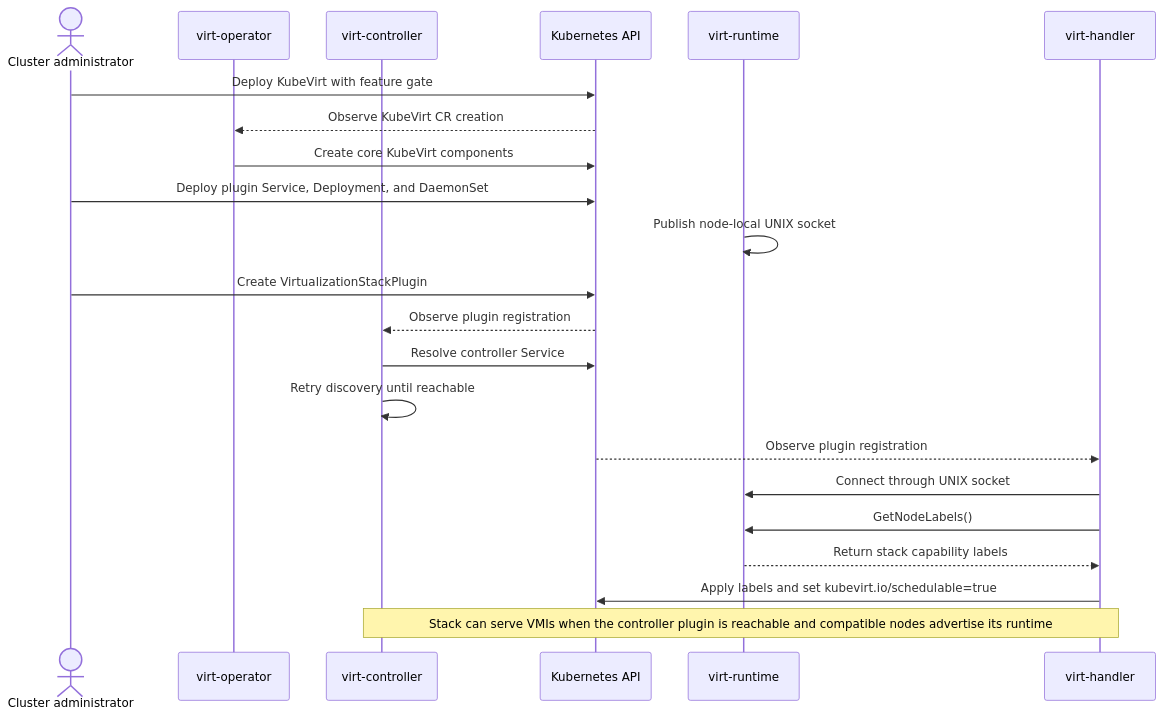
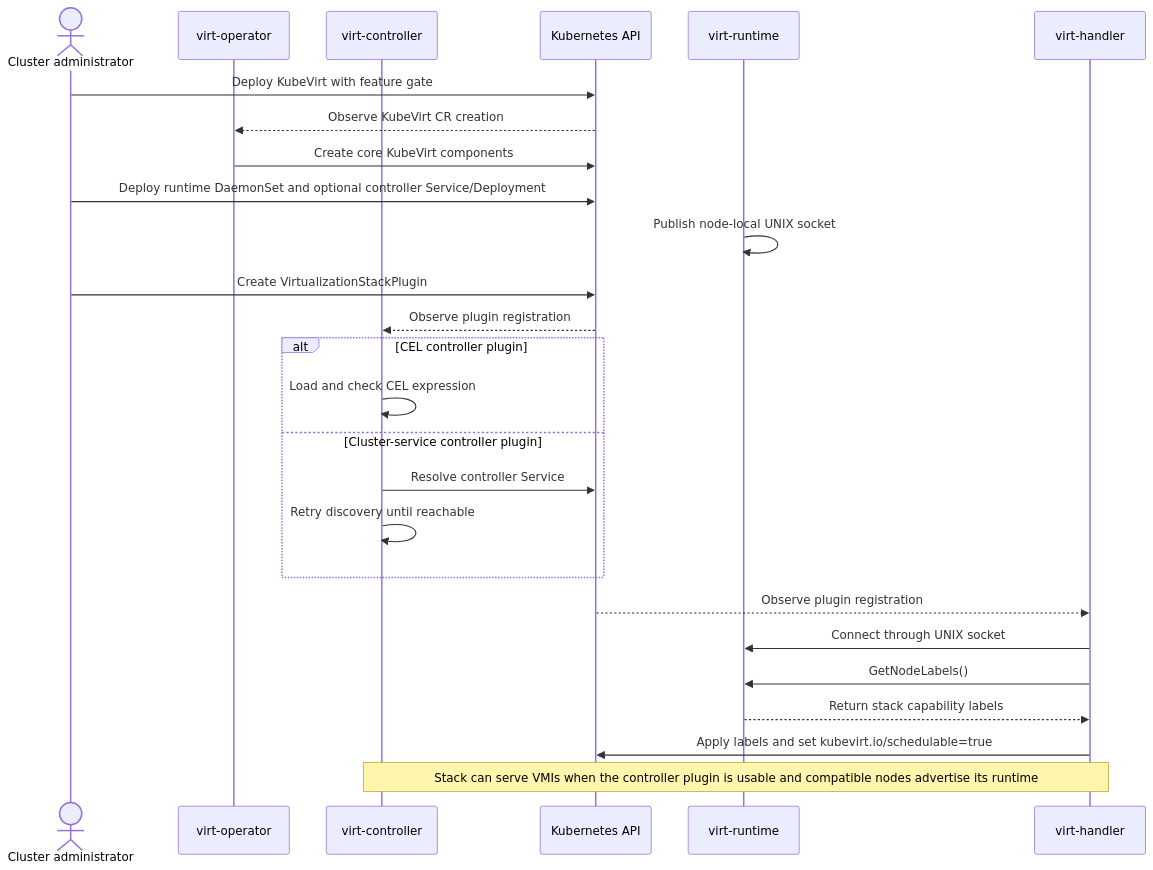
The second of 2 diagrams in veps/sig-compute/82-plugin-virtstack/vep.md (kubevirt/enhancements), drawn with Mermaid before and after one commit. The commit also changed other lines of this file, not shown here.

Commit message:
Add CEL option in virt-controller plugin

````diff
--- a/veps/sig-compute/82-plugin-virtstack/vep.md
+++ b/veps/sig-compute/82-plugin-virtstack/vep.md
@@ -302,30 +321,34 @@
 ```mermaid
 sequenceDiagram
   actor Admin as Cluster administrator
   participant Operator as virt-operator
   participant Controller as virt-controller
   participant API as Kubernetes API
   participant Runtime as virt-runtime
   participant Handler as virt-handler
 
   Admin->>API: Deploy KubeVirt with feature gate
   API-->>Operator: Observe KubeVirt CR creation
   Operator->>API: Create core KubeVirt components
 
-  Admin->>API: Deploy plugin Service, Deployment, and DaemonSet
+  Admin->>API: Deploy runtime DaemonSet and optional controller Service/Deployment
   Runtime->>Runtime: Publish node-local UNIX socket
 
   Admin->>API: Create VirtualizationStackPlugin
 
   API-->>Controller: Observe plugin registration
-  Controller->>API: Resolve controller Service
-  Controller->>Controller: Retry discovery until reachable
+  alt CEL controller plugin
+    Controller->>Controller: Load and check CEL expression
+  else Cluster-service controller plugin
+    Controller->>API: Resolve controller Service
+    Controller->>Controller: Retry discovery until reachable
+  end
 
   API-->>Handler: Observe plugin registration
   Handler->>Runtime: Connect through UNIX socket
   Handler->>Runtime: GetNodeLabels()
   Runtime-->>Handler: Return stack capability labels
   Handler->>API: Apply labels and set kubevirt.io/schedulable=true
 
-  Note over Controller,Handler: Stack can serve VMIs when the controller plugin is reachable and compatible nodes advertise its runtime
+  Note over Controller,Handler: Stack can serve VMIs when the controller plugin is usable and compatible nodes advertise its runtime
 ```
````
